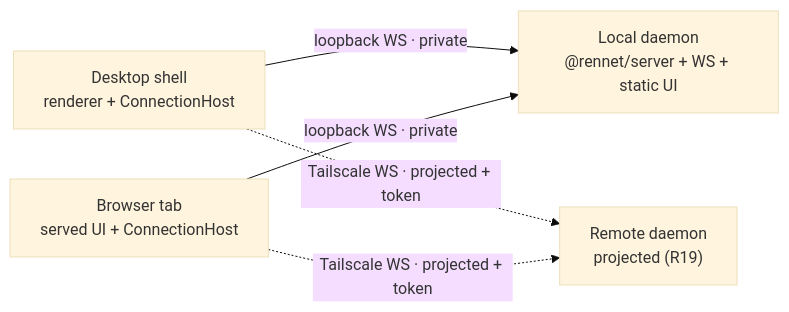
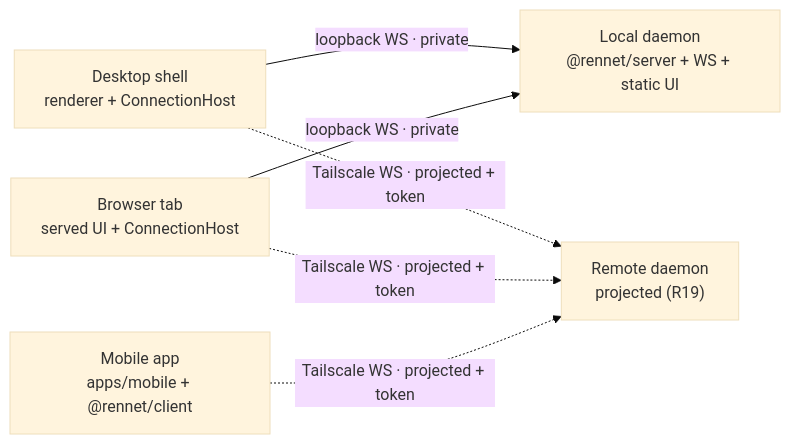
Before and after one commit to rbutera/Rennet: the second of 7 diagrams in docs/src/content/docs/developing/concepts/architecture-overview.md, drawn with Mermaid (base theme). The commit also changed other lines of this file and 6 other files, not shown here.

First line of the commit message:
docs(mobile): M1 guide, architecture row, delivery-order, dependency standard (#383)

````diff
--- a/docs/src/content/docs/developing/concepts/architecture-overview.md
+++ b/docs/src/content/docs/developing/concepts/architecture-overview.md
@@ -80,12 +90,14 @@
 ```mermaid
 flowchart LR
   desktop["Desktop shell<br/>renderer + ConnectionHost"]
   tab["Browser tab<br/>served UI + ConnectionHost"]
+  mobile["Mobile app<br/>apps/mobile + @rennet/client"]
   localdaemon["Local daemon<br/>@rennet/server + WS + static UI"]
   remotedaemon["Remote daemon<br/>projected (R19)"]
 
   desktop -->|loopback WS · private| localdaemon
   tab -->|loopback WS · private| localdaemon
   desktop -.->|Tailscale WS · projected + token| remotedaemon
   tab -.->|Tailscale WS · projected + token| remotedaemon
+  mobile -.->|Tailscale WS · projected + token| remotedaemon
 ```
````
